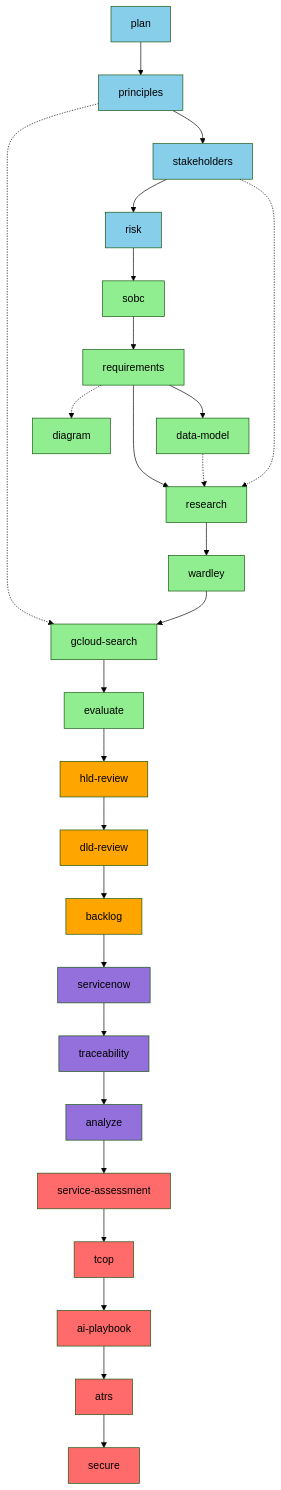
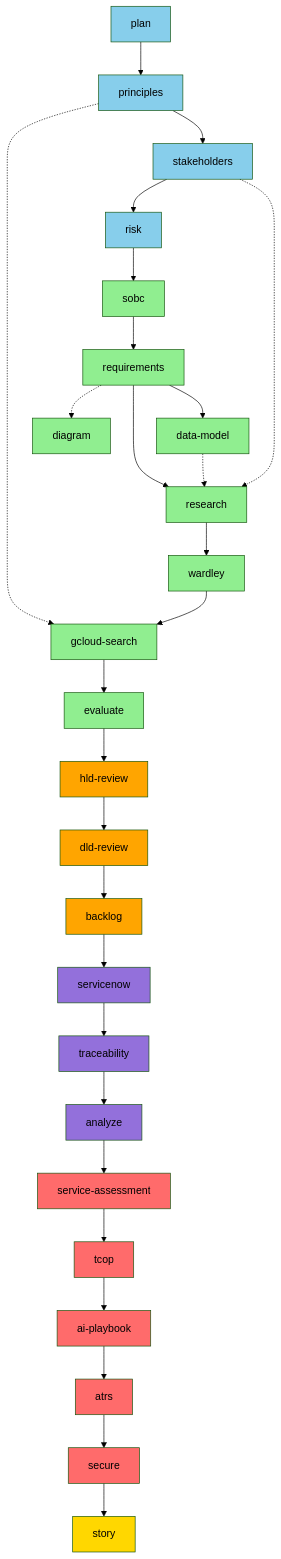
Before and after one commit to tractorjuice/arckit-test-project-v8-ons-data-platform: the third of 9 diagrams in WORKFLOW-DIAGRAMS.md, drawn with Mermaid (forest theme). The commit also changed other lines of this file and 6 other files, not shown here.

First line of the commit message:
feat: add /arckit.story command (29th command) - comprehensive project story generation with timeline analysis

````diff
--- a/WORKFLOW-DIAGRAMS.md
+++ b/WORKFLOW-DIAGRAMS.md
@@ -163,69 +172,73 @@
 ```mermaid
 graph TD
     %% Tier 0-1: Foundation
     A[plan] --> B[principles]
     B --> C[stakeholders]
     C --> D[risk]
 
     %% Tier 2-3: Business Case & Requirements
     D --> E[sobc]
     E --> F[requirements]
 
     %% Tier 4: Detailed Design
     F --> G[data-model]
     F --> H[research]
     G -.-> H
     C -.-> H
     H --> I[wardley]
 
     %% Tier 5: UK Gov Procurement
     B -.-> J[gcloud-search]
     I --> J
     J --> K[evaluate]
 
     %% Tier 6: Design Reviews
     K --> L[hld-review]
     L --> M[dld-review]
 
     %% Tier 7: Implementation
     M --> N[backlog]
 
     %% Tier 8-9: Operations & Quality
     N --> O[servicenow]
     O --> P[traceability]
     P --> Q[analyze]
 
     %% Tier 10: UK Gov Compliance + AI Compliance
     Q --> R[service-assessment]
     R --> S[tcop]
     S --> T[ai-playbook]
     T --> U[atrs]
     U --> V[secure]
 
+    %% Tier 11: Reporting
+    V --> X[story]
+
     %% Optional parallel paths
     F -.-> W[diagram]
 
     style A fill:#87CEEB
     style B fill:#87CEEB
     style C fill:#87CEEB
     style D fill:#87CEEB
     style E fill:#90EE90
     style F fill:#90EE90
     style G fill:#90EE90
     style H fill:#90EE90
     style I fill:#90EE90
     style J fill:#90EE90
     style K fill:#90EE90
     style L fill:#FFA500
     style M fill:#FFA500
     style N fill:#FFA500
     style O fill:#9370DB
     style P fill:#9370DB
     style Q fill:#9370DB
     style R fill:#FF6B6B
     style S fill:#FF6B6B
     style T fill:#FF6B6B
     style U fill:#FF6B6B
     style V fill:#FF6B6B
     style W fill:#90EE90
+    style X fill:#FFD700
 ```
````
